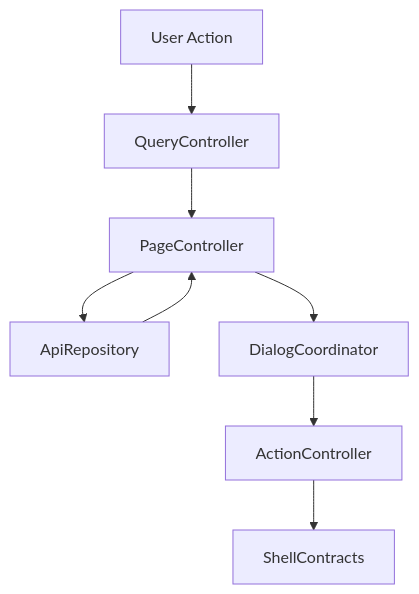
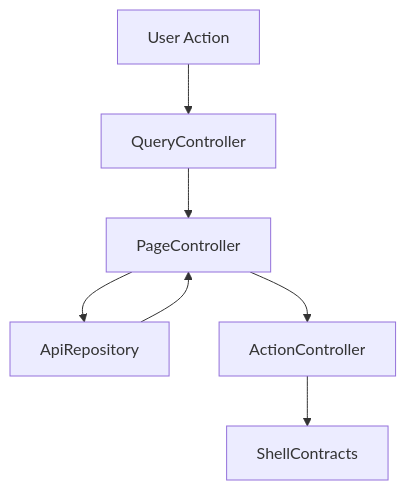
Before and after one commit to l3tnun/EPGStation: the second of 2 diagrams in .kiro/specs/frontend-video-playback/design.md, drawn with Mermaid. The commit also changed other lines of this file and 29 other files, not shown here.

````diff
--- a/.kiro/specs/frontend-video-playback/design.md
+++ b/.kiro/specs/frontend-video-playback/design.md
@@ -155,10 +154,9 @@
 ```mermaid
 graph TB
     UserAction[User Action] --> QueryController
     QueryController --> PageController
     PageController --> ApiRepository
     ApiRepository --> PageController
-    PageController --> DialogCoordinator
-    DialogCoordinator --> ActionController
+    PageController --> ActionController
     ActionController --> ShellContracts
 ```
````
